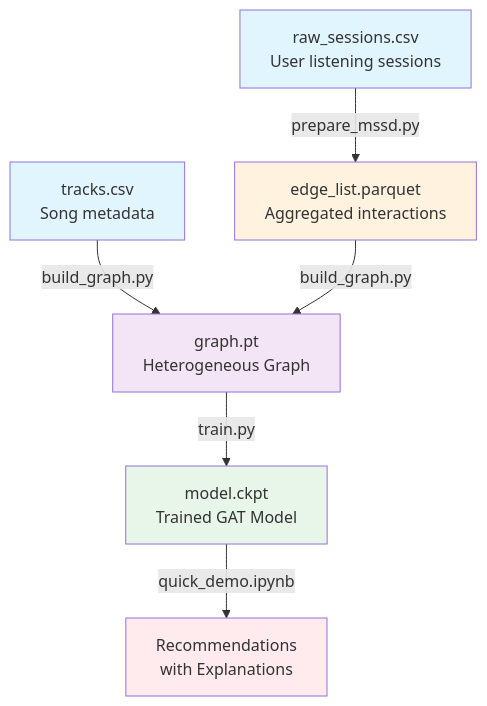
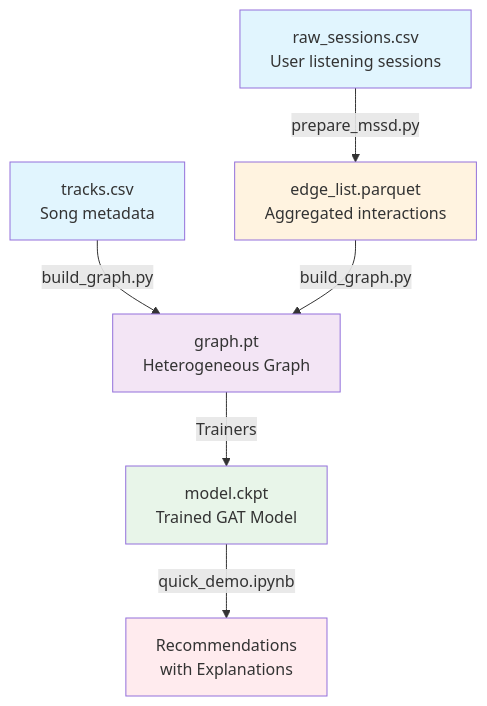
The diagram in docs/technical/architecture.md (ytimocin/spotify-engine), drawn with Mermaid before and after one commit. The commit also changed other lines of this file and 12 other files, not shown here.

First line of the commit message:
Update documentation for new trainer architecture

````diff
--- a/docs/technical/architecture.md
+++ b/docs/technical/architecture.md
@@ -9,15 +9,15 @@
 ```mermaid
 graph TD
     A[raw_sessions.csv<br/>User listening sessions] -->|prepare_mssd.py| B[edge_list.parquet<br/>Aggregated interactions]
     C[tracks.csv<br/>Song metadata] -->|build_graph.py| D[graph.pt<br/>Heterogeneous Graph]
     B -->|build_graph.py| D
-    D -->|train.py| E[model.ckpt<br/>Trained GAT Model]
+    D -->|Trainers| E[model.ckpt<br/>Trained GAT Model]
     E -->|quick_demo.ipynb| F[Recommendations<br/>with Explanations]
     
     style A fill:#e1f5fe
     style C fill:#e1f5fe
     style B fill:#fff3e0
     style D fill:#f3e5f5
     style E fill:#e8f5e9
     style F fill:#ffebee
 ```
````
